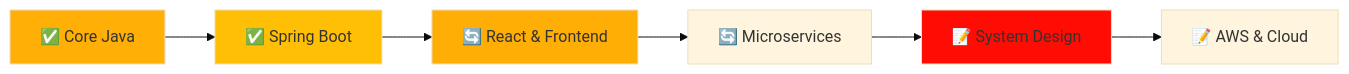
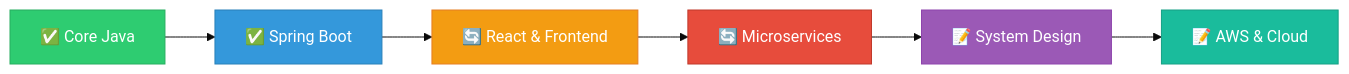
The diagram in README.md (ShubhamKRay/ShubhamKRay), drawn with Mermaid (base theme) before and after one commit. The commit also changed other lines of this file, not shown here.

Commit message:
Refactor 2025 Goals and Learning Roadmap section

````diff
--- a/README.md
+++ b/README.md
@@ -294,15 +260,15 @@
 ```mermaid
 graph LR
     A[✅ Core Java] --> B[✅ Spring Boot]
     B --> C[🔄 React & Frontend]
     C --> D[🔄 Microservices]
     D --> E[📝 System Design]
     E --> F[📝 AWS & Cloud]
     
-    style A fill:#FFAF05
-    style B fill:#FFBF05
-    style C fill:#FFAE05
-    style D fill:#FFAG05
-    style E fill:#FF0C05
-    style F fill:#FF0P05
+   style A fill:#2ECC71,stroke:#27AE60,color:#fff
+    style B fill:#3498DB,stroke:#2980B9,color:#fff
+    style C fill:#F39C12,stroke:#E67E22,color:#fff
+    style D fill:#E74C3C,stroke:#C0392B,color:#fff
+    style E fill:#9B59B6,stroke:#8E44AD,color:#fff
+    style F fill:#1ABC9C,stroke:#16A085,color:#fff
 ```
````
